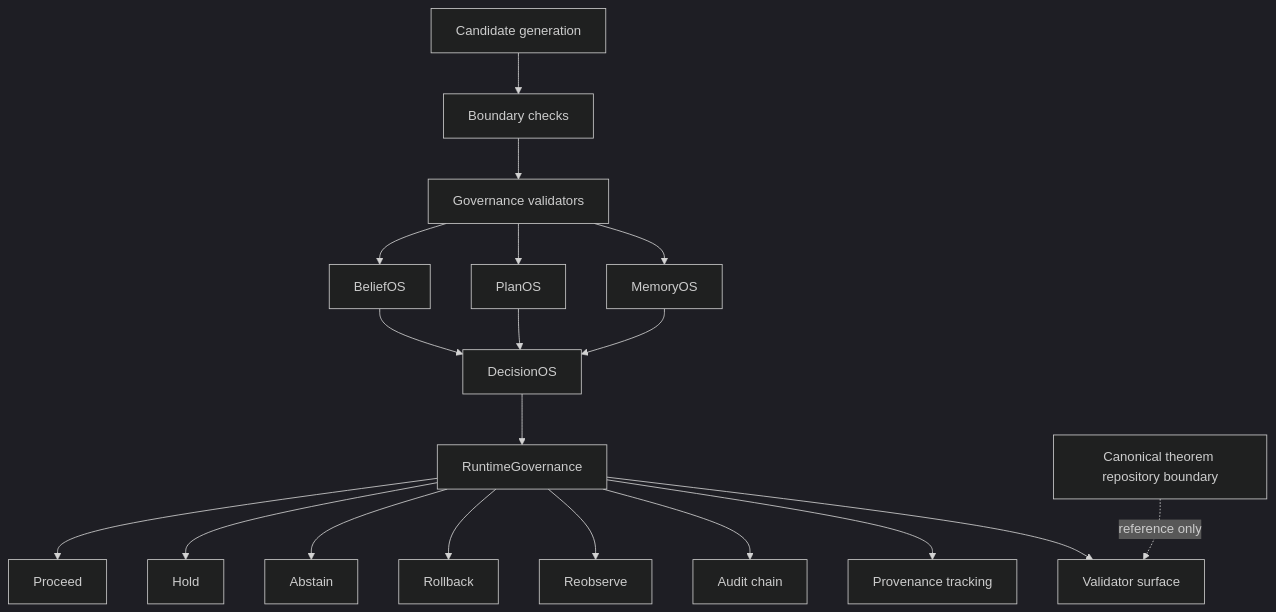
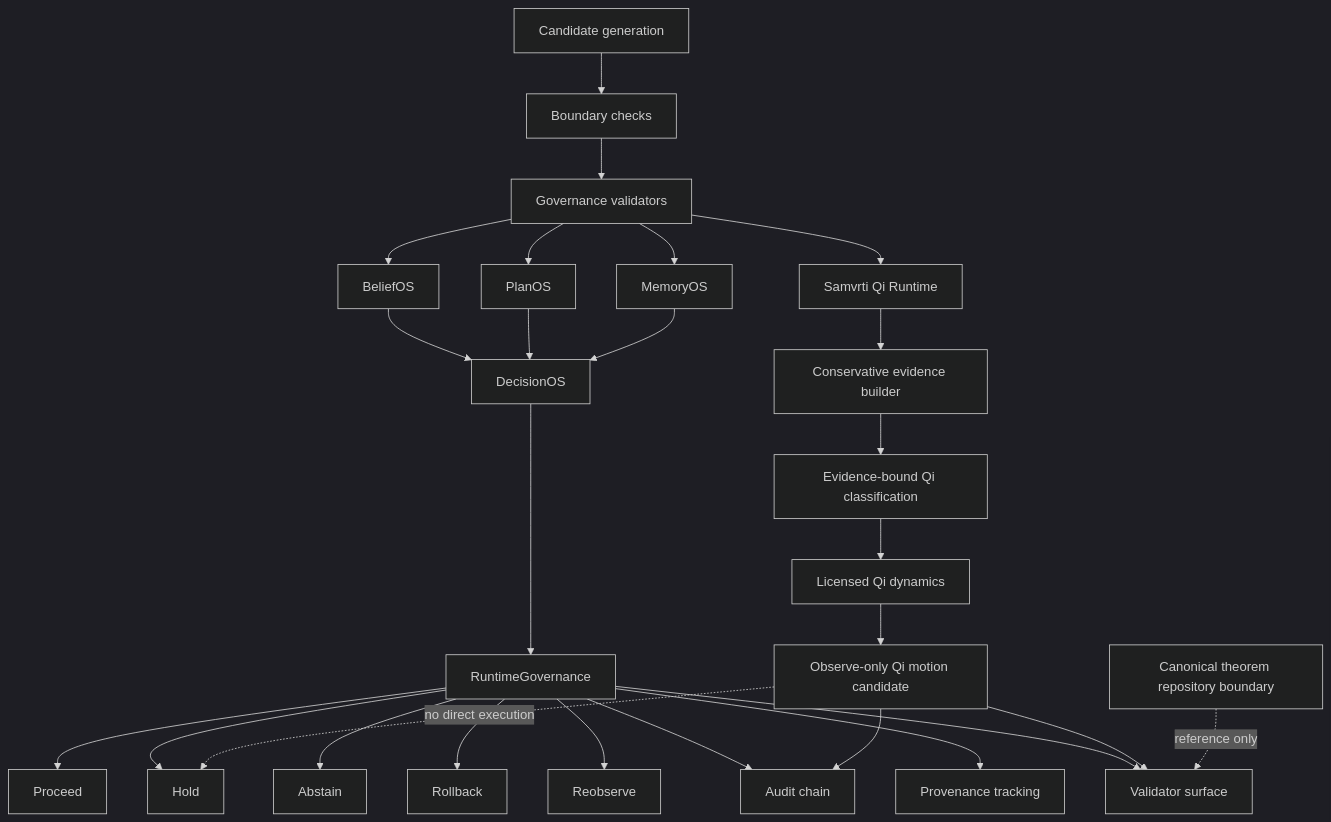
The diagram in docs/GOVERNANCE_DIAGRAM_v0_1.md (itakura-hidetoshi/KuuOS), drawn with Mermaid (dark theme) before and after one commit. The commit also changed other lines of this file, not shown here.

Commit message:
Add Qi motion chain to governance diagram v0.1

````diff
--- a/docs/GOVERNANCE_DIAGRAM_v0_1.md
+++ b/docs/GOVERNANCE_DIAGRAM_v0_1.md
@@ -3,26 +3,35 @@
 ```mermaid
 flowchart TD
     A[Candidate generation] --> B[Boundary checks]
     B --> C[Governance validators]
     C --> D[BeliefOS]
     C --> E[PlanOS]
     C --> F[MemoryOS]
 
     D --> G[DecisionOS]
     E --> G
     F --> G
 
     G --> H[RuntimeGovernance]
 
     H --> I[Proceed]
     H --> J[Hold]
     H --> K[Abstain]
     H --> L[Rollback]
     H --> M[Reobserve]
 
     H --> N[Audit chain]
     H --> O[Provenance tracking]
     H --> P[Validator surface]
 
+    C --> R[Samvrti Qi Runtime]
+    R --> S[Conservative evidence builder]
+    S --> T[Evidence-bound Qi classification]
+    T --> U[Licensed Qi dynamics]
+    U --> V[Observe-only Qi motion candidate]
+    V --> N
+    V --> P
+    V -.no direct execution.-> J
+
     Q[Canonical theorem repository boundary] -.reference only.-> P
 ```
````
